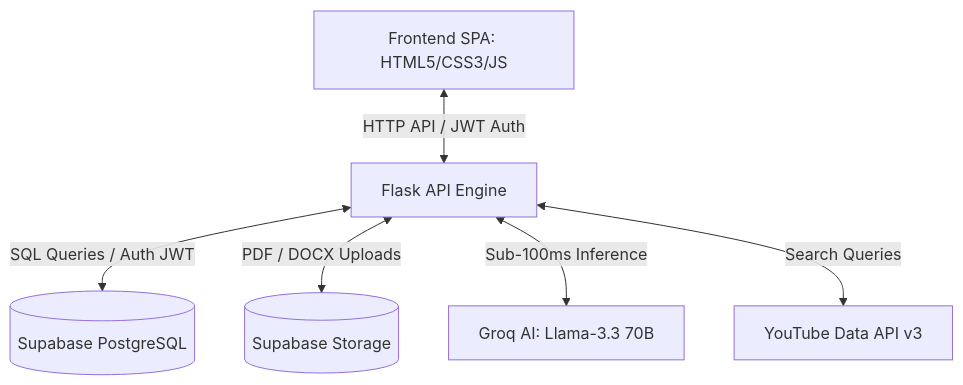
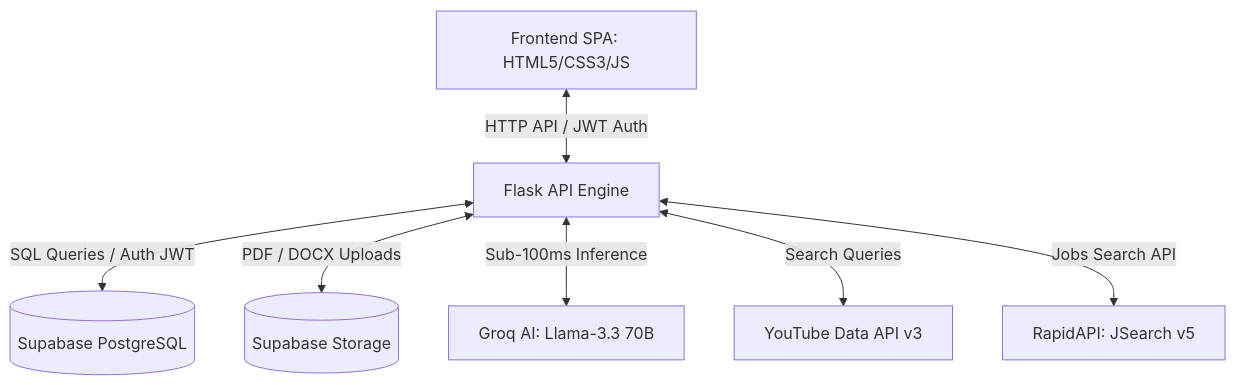
One commit to palamooradithyagoud/HIREMATE changed the first of 2 diagrams in README.md. Above: the diagram before and after it, drawn with Mermaid. The commit also changed other lines of this file, not shown here.

Commit message:
docs: document live jobs matching feature and API endpoint in README

````diff
--- a/README.md
+++ b/README.md
@@ -34,8 +34,9 @@
 ```mermaid
 graph TD
     Client[Frontend SPA: HTML5/CSS3/JS] <-->|HTTP API / JWT Auth| Server[Flask API Engine]
     Server <-->|SQL Queries / Auth JWT| DB[(Supabase PostgreSQL)]
     Server <-->|PDF / DOCX Uploads| Bucket[(Supabase Storage)]
     Server <-->|Sub-100ms Inference| Groq[Groq AI: Llama-3.3 70B]
     Server <-->|Search Queries| YT[YouTube Data API v3]
+    Server <-->|Jobs Search API| JSearch[RapidAPI: JSearch v5]
 ```
````
